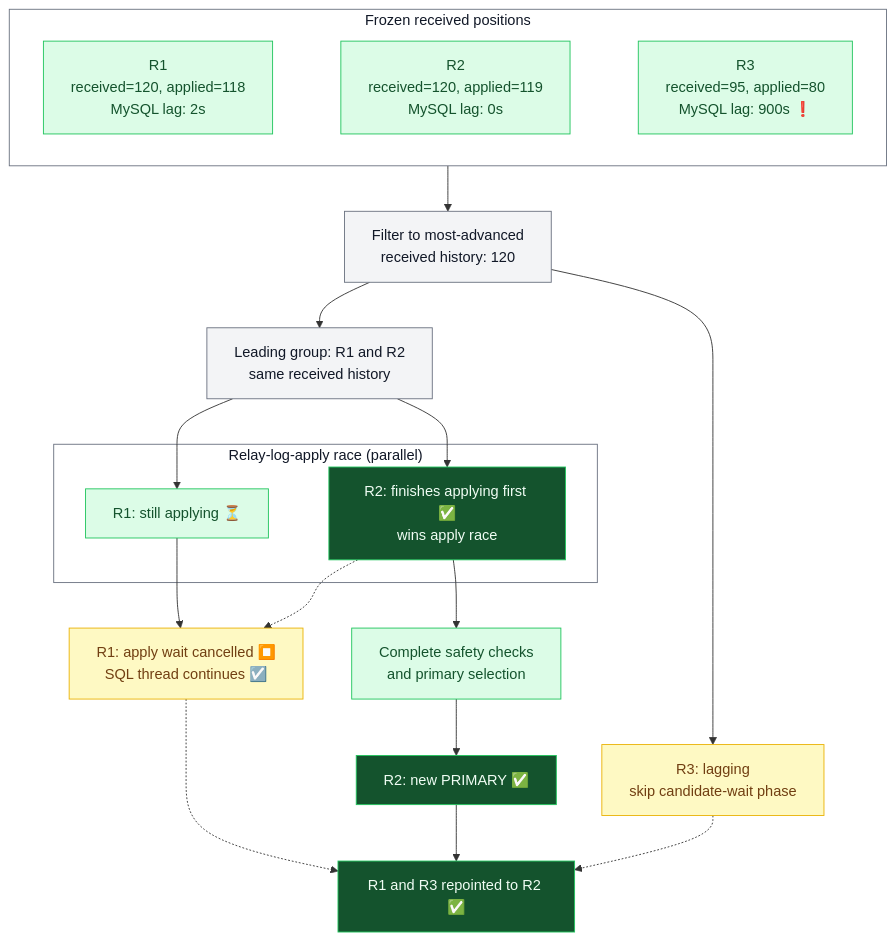
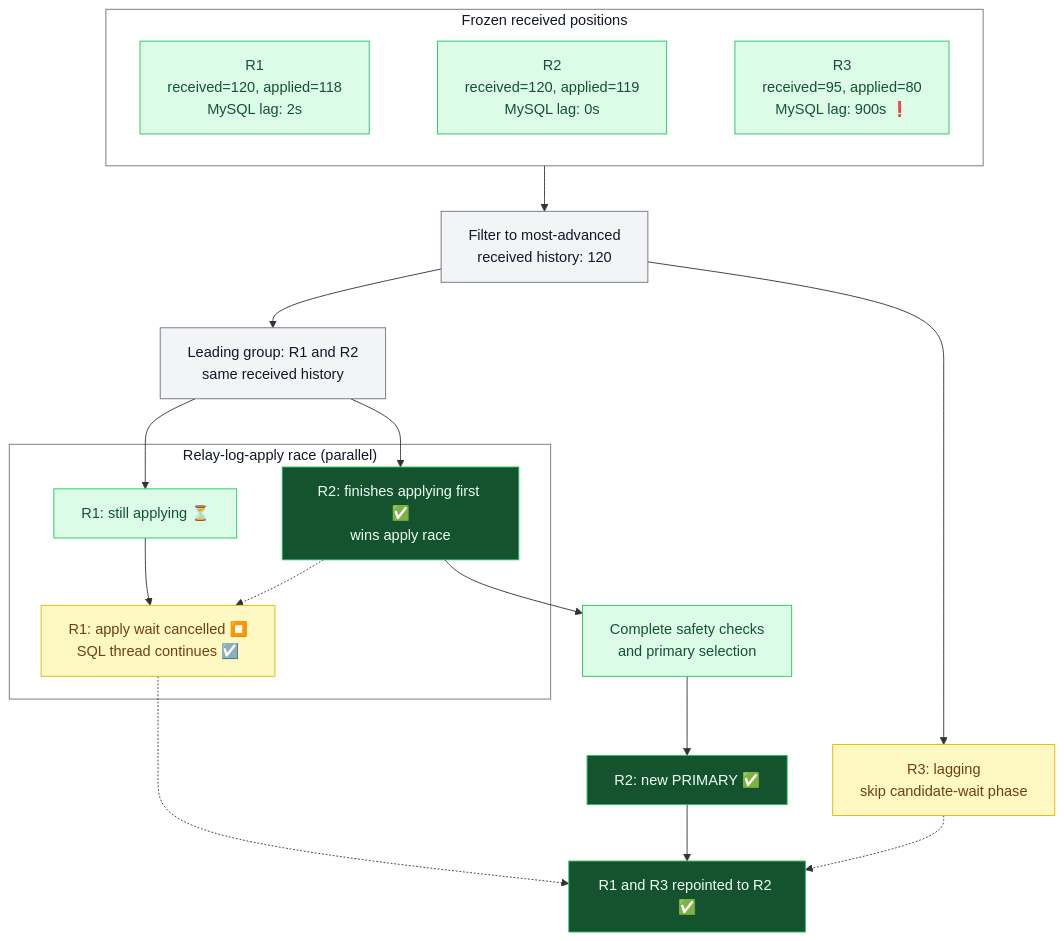
Before and after one commit to vitessio/website: the third of 3 diagrams in content/en/blog/2026-09-23-hardening-emergency-reparent-shard.md, drawn with Mermaid.

Commit message:
Group cancelled apply wait with relay-log race

````diff
--- a/content/en/blog/2026-09-23-hardening-emergency-reparent-shard.md
+++ b/content/en/blog/2026-09-23-hardening-emergency-reparent-shard.md
@@ -102,39 +102,39 @@
 ```mermaid
 graph TD
     subgraph Positions["Frozen received positions"]
         direction LR
         R1["R1<br/>received=120, applied=118<br/>MySQL lag: 2s"]
         R2["R2<br/>received=120, applied=119<br/>MySQL lag: 0s"]
         R3["R3<br/>received=95, applied=80<br/>MySQL lag: 900s ❗"]
         R1 ~~~ R2 ~~~ R3
     end
 
     Positions --> Filter["Filter to most-advanced<br/>received history: 120"]
     Filter --> Leading["Leading group: R1 and R2<br/>same received history"]
     Filter --> Skipped["R3: lagging<br/>skip candidate-wait phase"]
 
     Leading --> ApplyR1
     Leading --> ApplyR2
     subgraph Race["Relay-log-apply race (parallel)"]
         ApplyR1["R1: still applying ⏳"]
         ApplyR2["R2: finishes applying first ✅<br/>wins apply race"]
+        ApplyR1 --> Cancelled["R1: apply wait cancelled ⏹️<br/>SQL thread continues ☑️"]
+        ApplyR2 -.-> Cancelled
     end
 
-    ApplyR1 --> Cancelled["R1: apply wait cancelled ⏹️<br/>SQL thread continues ☑️"]
-    ApplyR2 -.-> Cancelled
     ApplyR2 --> Checks["Complete safety checks<br/>and primary selection"]
     Checks --> Primary["R2: new PRIMARY ✅"]
     Primary --> Repoint["R1 and R3 repointed to R2 ✅"]
     Cancelled -.-> Repoint
     Skipped -.-> Repoint
 
     classDef default fill:#f3f4f6,stroke:#6b7280,color:#111827
     classDef healthy fill:#dcfce7,stroke:#22c55e,color:#14532d
     classDef warning fill:#fef9c3,stroke:#eab308,color:#713f12
     classDef completed fill:#14532d,stroke:#22c55e,color:#f0fdf4
     class R1,R2,R3,ApplyR1,Checks healthy
     class Skipped,Cancelled warning
     class ApplyR2,Primary,Repoint completed
     style Positions fill:#ffffff,stroke:#6b7280,color:#111827
     style Race fill:#ffffff,stroke:#6b7280,color:#111827
 ```
````
